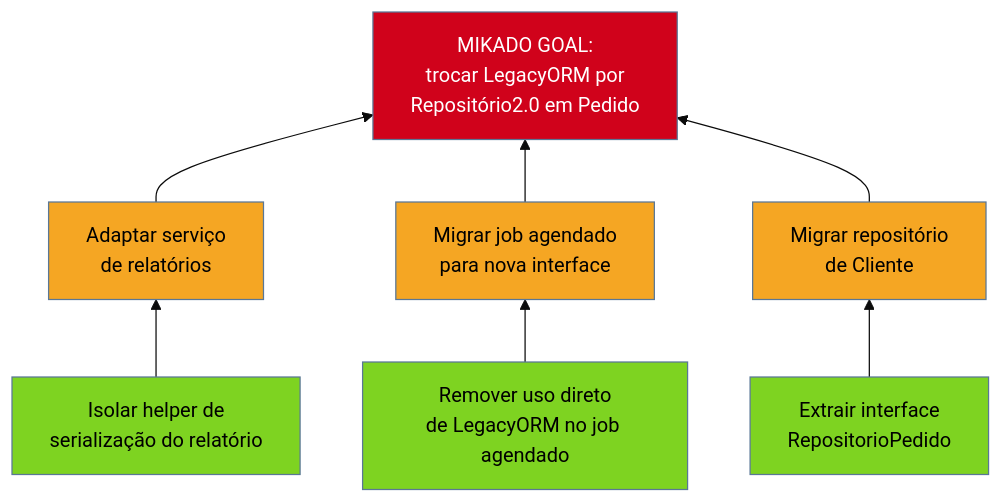
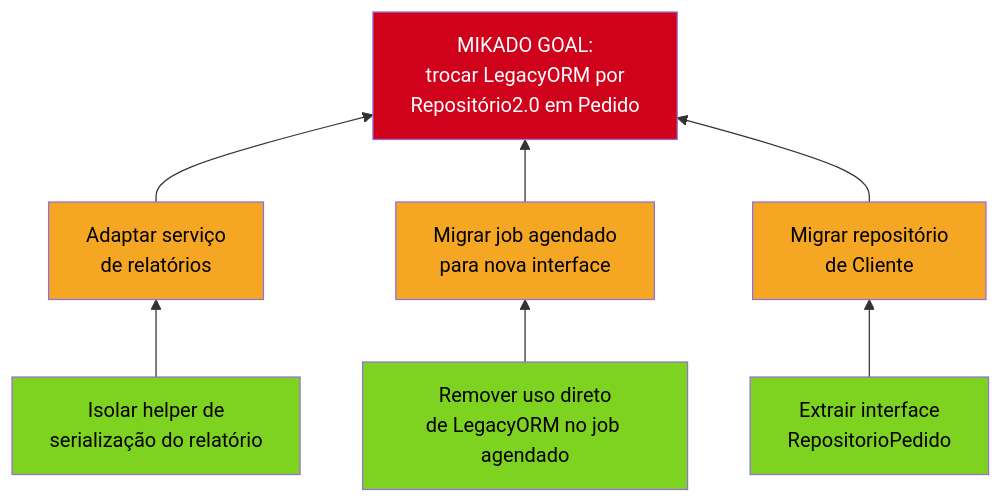
One commit to josenaldo/codex-technomanticus changed the second of 2 diagrams in 03-Dominios/Engenharia/Arqueologia e Restauração de Software/15 - O Método Mikado.md. Above: the diagram before and after it, drawn with Mermaid. The commit also changed other lines of this file and 1181 other files, not shown here.

First line of the commit message:
fix(diagramas): paleta do sistema no lugar de cor cravada no markdown

````diff
--- a/03-Dominios/Engenharia/Arqueologia e Restauração de Software/15 - O Método Mikado.md
+++ b/03-Dominios/Engenharia/Arqueologia e Restauração de Software/15 - O Método Mikado.md
@@ -71,22 +73,21 @@
 ```mermaid
-%%{init: {"theme": "base", "themeVariables": {"primaryColor": "#4A90D9"}}}%%
 graph BT
+    classDef folha fill:#7ED321,color:#000
+    classDef pendente fill:#F5A623,color:#000
+    classDef objetivo fill:#D0021B,color:#fff
     L1["Extrair interface<br/>RepositorioPedido"]:::folha
     L2["Isolar helper de<br/>serialização do relatório"]:::folha
     L3["Remover uso direto<br/>de LegacyORM no job agendado"]:::folha
     P1["Adaptar serviço<br/>de relatórios"]:::pendente
     P2["Migrar job agendado<br/>para nova interface"]:::pendente
     P3["Migrar repositório<br/>de Cliente"]:::pendente
     G["MIKADO GOAL:<br/>trocar LegacyORM por<br/>Repositório2.0 em Pedido"]:::objetivo
 
     L1 --> P3
     L2 --> P1
     L3 --> P2
     P1 --> G
     P2 --> G
     P3 --> G
 
-    classDef folha fill:#7ED321,color:#000
-    classDef pendente fill:#F5A623,color:#000
-    classDef objetivo fill:#D0021B,color:#fff
 ```
````
